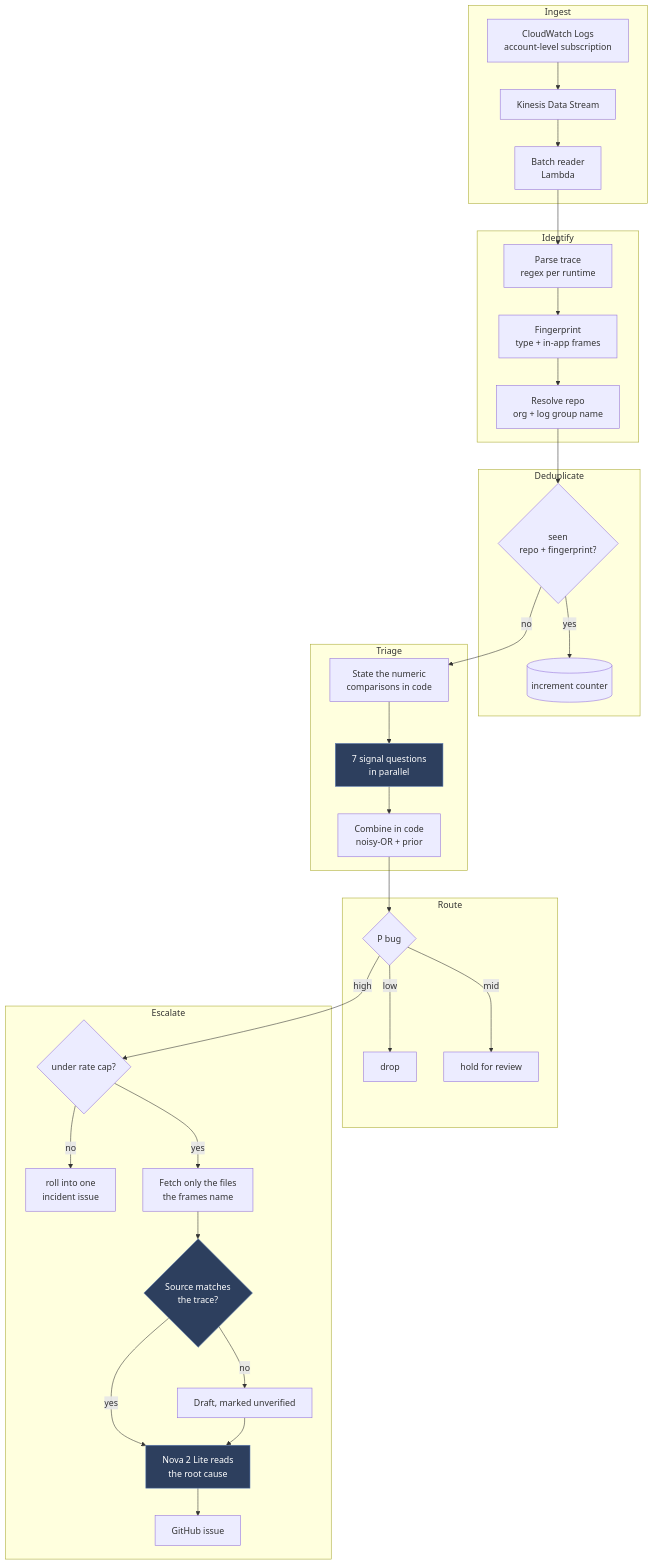
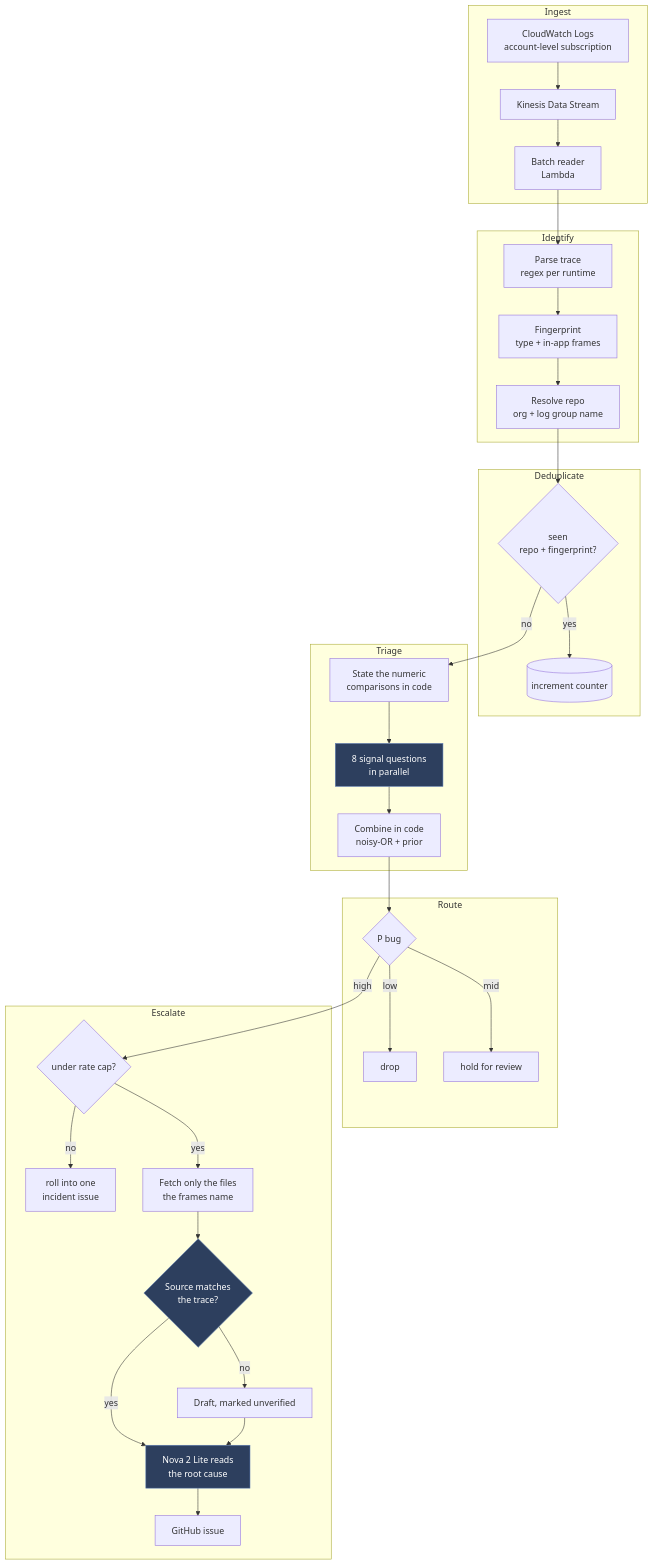
Before and after one commit to ganhammar/observe-ai: the diagram in docs/ARCHITECTURE.md, drawn with Mermaid. The commit also changed other lines of this file and 26 other files, not shown here.

````diff
--- a/docs/ARCHITECTURE.md
+++ b/docs/ARCHITECTURE.md
@@ -7,44 +7,44 @@
 ```mermaid
 flowchart TB
     subgraph ingest[Ingest]
         CW[CloudWatch Logs<br/>account-level subscription] --> KDS[Kinesis Data Stream]
         KDS --> BATCH[Batch reader<br/>Lambda]
     end
 
     subgraph identify[Identify]
         BATCH --> PARSE[Parse trace<br/>regex per runtime]
         PARSE --> FP[Fingerprint<br/>type + in-app frames]
         FP --> REPO[Resolve repo<br/>org + log group name]
     end
 
     subgraph dedupe[Deduplicate]
         REPO --> SEEN{seen<br/>repo + fingerprint?}
         SEEN -->|yes| COUNT[(increment counter)]
     end
 
     subgraph triage[Triage]
         SEEN -->|no| DERIVE[State the numeric<br/>comparisons in code]
-        DERIVE --> TREE[7 signal questions<br/>in parallel]
+        DERIVE --> TREE[8 signal questions<br/>in parallel]
         TREE --> COMB[Combine in code<br/>noisy-OR + prior]
     end
 
     subgraph route[Route]
         COMB --> GATE{P bug}
         GATE -->|low| DROP[drop]
         GATE -->|mid| HOLD[hold for review]
     end
 
     subgraph escalate[Escalate]
         GATE -->|high| CAP{under rate cap?}
         CAP -->|no| ROLLUP[roll into one<br/>incident issue]
         CAP -->|yes| FETCH[Fetch only the files<br/>the frames name]
         FETCH --> VERIFY{Source matches<br/>the trace?}
         VERIFY -->|no| FLAG[Draft, marked unverified]
         VERIFY -->|yes| DRAFT[Nova 2 Lite reads<br/>the root cause]
         FLAG --> DRAFT
         DRAFT --> ISSUE[GitHub issue]
     end
 
     classDef model fill:#2d3f5e,stroke:#5b7bb5,color:#fff
     class TREE,VERIFY,DRAFT model
 ```
````
